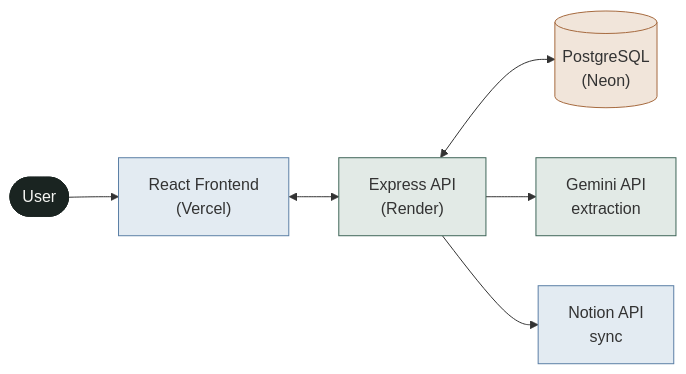
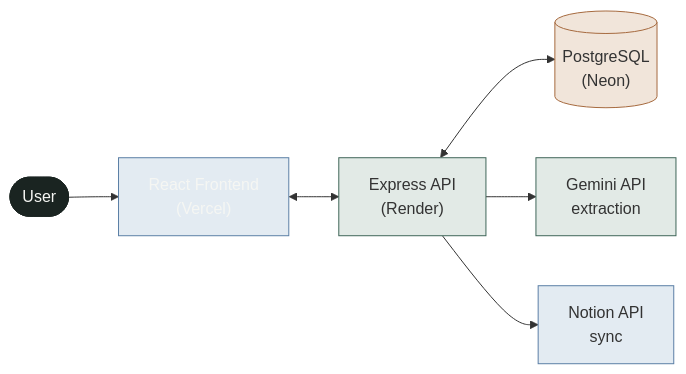
One commit to 1Manya/meeting-to-action changed the first of 3 diagrams in README.md. Above: the diagram before and after it, drawn with Mermaid.

Commit message:
Update color property for FE style in README

````diff
--- a/README.md
+++ b/README.md
@@ -14,15 +14,15 @@
 ```mermaid
 flowchart LR
     User(["User"]) --> FE["React Frontend<br/>(Vercel)"]
     FE <--> BE["Express API<br/>(Render)"]
     BE <--> DB[("PostgreSQL<br/>(Neon)")]
     BE --> LLM["Gemini API<br/>extraction"]
     BE --> NOTION["Notion API<br/>sync"]
 
     style User fill:#1a2421,stroke:#1a2421,color:#f5f6f3
-    style FE fill:#e3ebf2,stroke:#5b7fa6
+    style FE fill:#e3ebf2,stroke:#5b7fa6,color:#f5f6f3
     style BE fill:#e2eae6,stroke:#3f6659
     style DB fill:#f1e5da,stroke:#a66a3f
     style LLM fill:#e2eae6,stroke:#3f6659
     style NOTION fill:#e3ebf2,stroke:#5b7fa6
 ```
````
